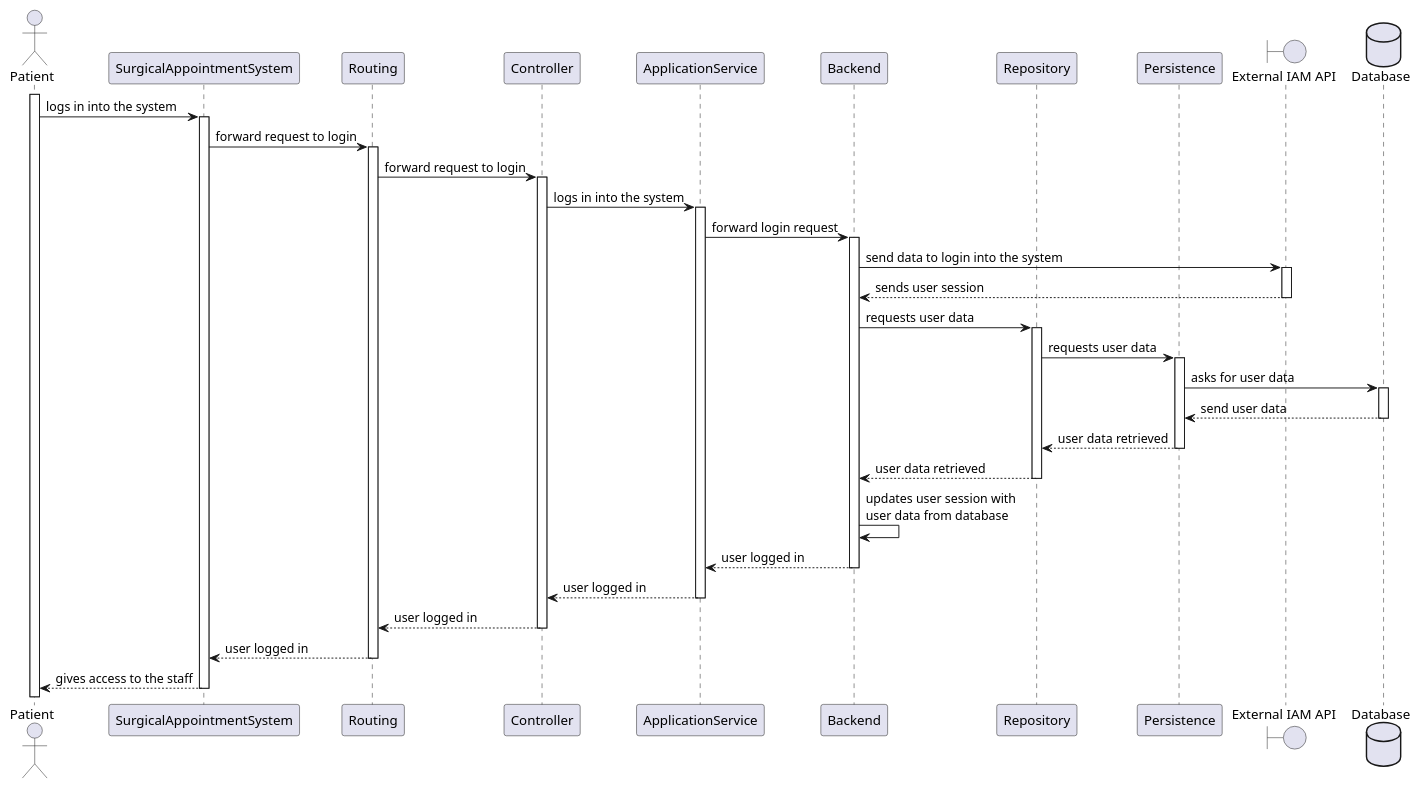
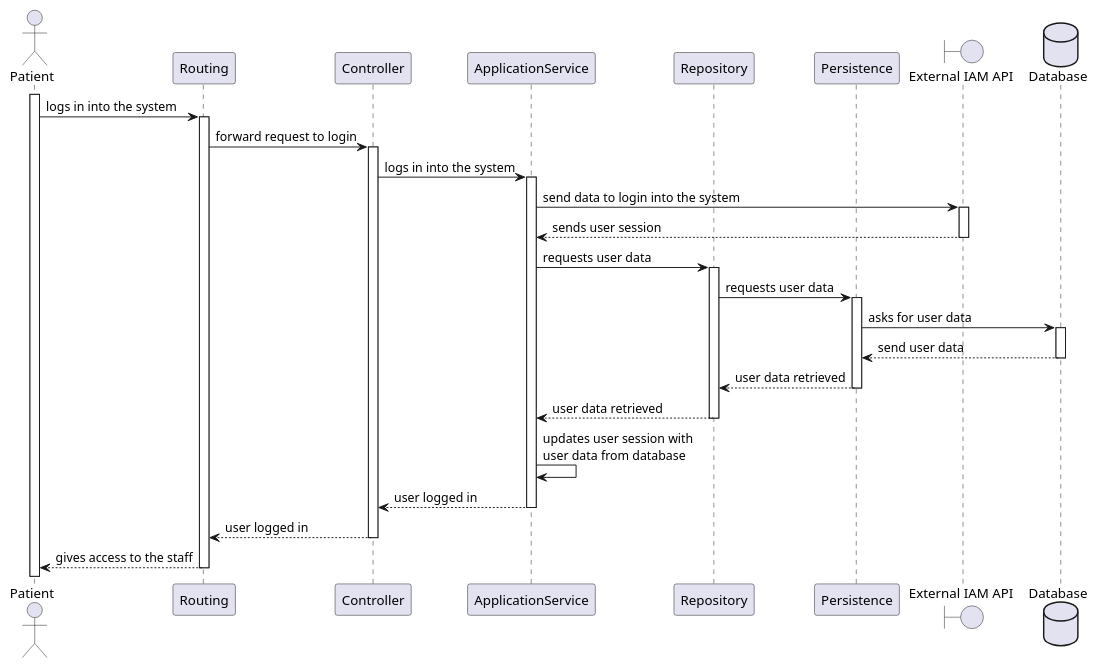
One commit to MateusCabral2004/sem5pi changed the diagram in docs/Sprint 1/US 5.1.7/SequenceDiagram/Level3/SequenceDiagram.puml. Above: the diagram before and after it, drawn with PlantUML. The commit also changed 6 other files, not shown here.

Commit message:
Small update to the diagrams

```diff
--- a/docs/Sprint 1/US 5.1.7/SequenceDiagram/Level3/SequenceDiagram.puml
+++ b/docs/Sprint 1/US 5.1.7/SequenceDiagram/Level3/SequenceDiagram.puml
@@ -1,67 +1,54 @@
 @startuml
 actor Patient
-participant SurgicalAppointmentSystem
 participant Routing
 participant Controller
 participant ApplicationService
-participant Backend
 participant Repository
 participant Persistence
 boundary IAM_API as "External IAM API"
 database Database
 
 activate Patient
-Patient -> SurgicalAppointmentSystem: logs in into the system
-activate SurgicalAppointmentSystem
+Patient -> Routing: logs in into the system
+activate Routing
 
-SurgicalAppointmentSystem -> Routing: forward request to login
-activate Routing
 Routing -> Controller: forward request to login
 activate Controller
 
 Controller -> ApplicationService: logs in into the system
 activate ApplicationService
 
-ApplicationService -> Backend: forward login request
-activate Backend
-
-Backend -> IAM_API: send data to login into the system
+ApplicationService -> IAM_API: send data to login into the system
 activate IAM_API
 
-IAM_API --> Backend: sends user session
+IAM_API --> ApplicationService: sends user session
 deactivate IAM_API
 
-Backend -> Repository: requests user data
+ApplicationService -> Repository: requests user data
 activate Repository
 
 Repository -> Persistence: requests user data
 activate Persistence
 
 Persistence -> Database: asks for user data
 activate Database
 Database --> Persistence: send user data
 deactivate Database
 
 Persistence --> Repository: user data retrieved
 deactivate Persistence
 
-Repository --> Backend: user data retrieved
+Repository --> ApplicationService: user data retrieved
 deactivate Repository
 
-Backend -> Backend: updates user session with\nuser data from database
-
-Backend --> ApplicationService: user logged in
-deactivate Backend
+ApplicationService -> ApplicationService: updates user session with\nuser data from database
 
 ApplicationService --> Controller: user logged in
 deactivate ApplicationService
 
 Controller --> Routing: user logged in
 deactivate Controller
 
-Routing --> SurgicalAppointmentSystem: user logged in
+Routing --> Patient: gives access to the staff
 deactivate Routing
-
-SurgicalAppointmentSystem --> Patient: gives access to the staff
-deactivate SurgicalAppointmentSystem
 @enduml
```
